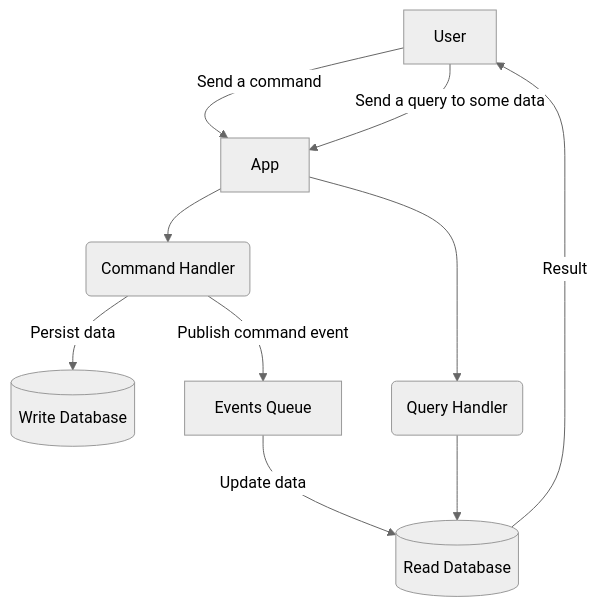
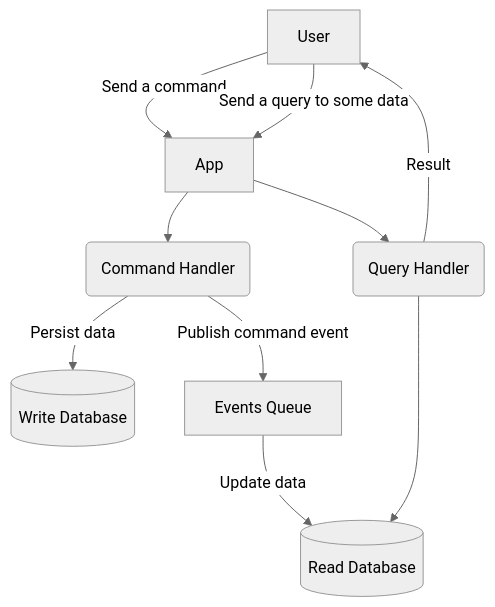
One commit to Luisgustavom1/microservices-study changed the diagram in cqrs/README.md. Above: the diagram before and after it, drawn with Mermaid (neutral theme).

Commit message:
query handle result

````diff
--- a/cqrs/README.md
+++ b/cqrs/README.md
@@ -2,17 +2,18 @@
 ```mermaid
 graph TD
     User[User] --> |Send a command| Server
     Server --> CommandHandler --> |Persist data| WriteDb
     CommandHandler --> |Publish command event| Queue
 
     User --> |Send a query to some data| Server
-    Server --> QueryHandler --> ReadDb --> |Result| User
+    Server --> QueryHandler --> ReadDb 
+    QueryHandler -->|"Result"| User
     Queue --> |Update data| ReadDb
     
     Server[App]
-    CommandHandler(Command Handler)
+	CommandHandler(Command Handler)
     QueryHandler(Query Handler)
     ReadDb[(Read Database)]
     WriteDb[(Write Database)]
-    Queue["Events Queue"]
+	Queue["Events Queue"]
 ```
````
